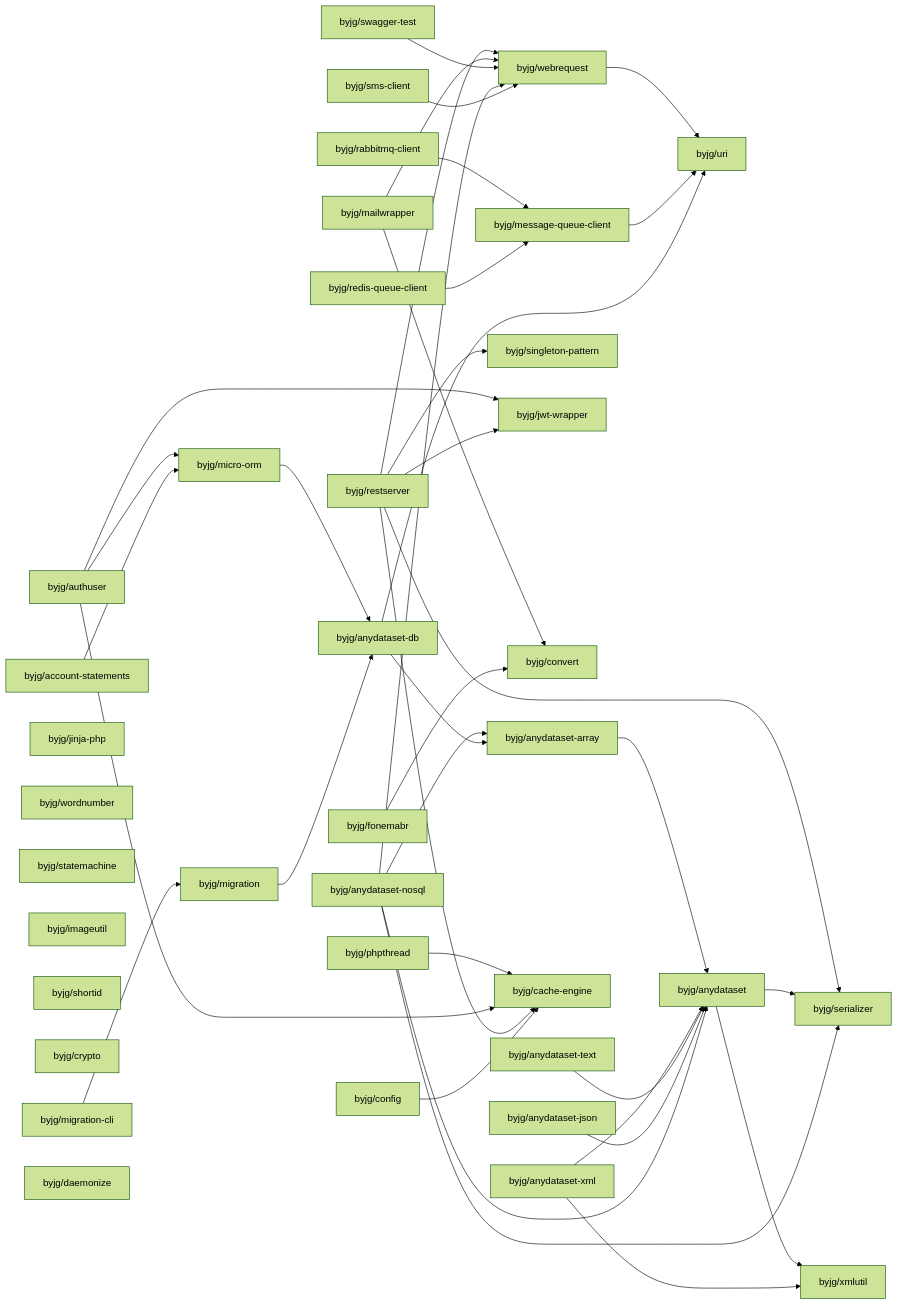
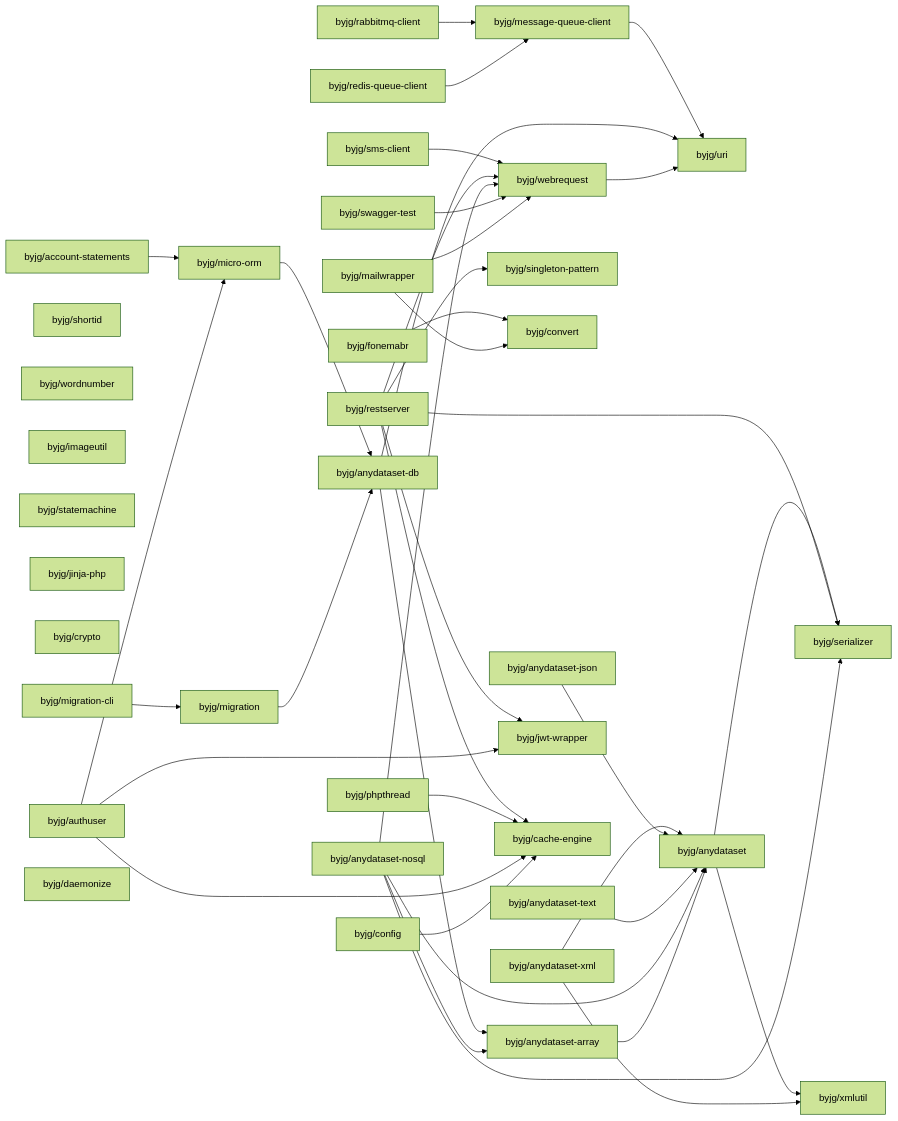
One commit to byjg/byjg.github.io changed the diagram in docs/php/README.md. Above: the diagram before and after it, drawn with Mermaid (forest theme). The commit also changed other lines of this file, not shown here.

Commit message:
Update documentation 'php' 'php-migration'

````diff
--- a/docs/php/README.md
+++ b/docs/php/README.md
@@ -3,76 +3,76 @@
 ```mermaid
 graph LR;
+  byjg/redis-queue-client;
   byjg/migration-cli;
-  byjg/authuser;
+  byjg/shortid;
   byjg/anydataset-text;
+  byjg/anydataset-xml;
   byjg/sms-client;
-  byjg/anydataset-nosql;
-  byjg/jinja-php;
+  byjg/restserver;
+  byjg/swagger-test;
   byjg/wordnumber;
-  byjg/anydataset-xml;
+  byjg/imageutil;
   byjg/statemachine;
-  byjg/anydataset-json;
-  byjg/imageutil;
-  byjg/shortid;
-  byjg/restserver;
-  byjg/crypto;
-  byjg/config;
   byjg/fonemabr;
   byjg/mailwrapper;
+  byjg/anydataset-json;
+  byjg/jinja-php;
+  byjg/config;
+  byjg/crypto;
   byjg/account-statements;
   byjg/rabbitmq-client;
-  byjg/redis-queue-client;
-  byjg/swagger-test;
+  byjg/anydataset-nosql;
+  byjg/authuser;
   byjg/daemonize;
   byjg/phpthread;
   byjg/migration;
   byjg/singleton-pattern;
-  byjg/jwt-wrapper;
   byjg/convert;
-  byjg/micro-orm;
   byjg/message-queue-client;
   byjg/webrequest;
+  byjg/micro-orm;
+  byjg/jwt-wrapper;
   byjg/cache-engine;
   byjg/anydataset-db;
   byjg/anydataset-array;
   byjg/uri;
   byjg/anydataset;
   byjg/serializer;
   byjg/xmlutil;
-  byjg/phpthread --> byjg/cache-engine;
+  byjg/account-statements --> byjg/micro-orm;
+  byjg/message-queue-client --> byjg/uri;
+  byjg/anydataset --> byjg/serializer;
+  byjg/anydataset --> byjg/xmlutil;
+  byjg/rabbitmq-client --> byjg/message-queue-client;
+  byjg/anydataset-xml --> byjg/anydataset;
+  byjg/anydataset-xml --> byjg/xmlutil;
+  byjg/sms-client --> byjg/webrequest;
+  byjg/anydataset-db --> byjg/anydataset-array;
+  byjg/anydataset-db --> byjg/uri;
   byjg/micro-orm --> byjg/anydataset-db;
-  byjg/authuser --> byjg/micro-orm;
-  byjg/authuser --> byjg/cache-engine;
-  byjg/authuser --> byjg/jwt-wrapper;
-  byjg/anydataset-array --> byjg/anydataset;
+  byjg/anydataset-json --> byjg/anydataset;
   byjg/restserver --> byjg/serializer;
   byjg/restserver --> byjg/singleton-pattern;
   byjg/restserver --> byjg/cache-engine;
   byjg/restserver --> byjg/webrequest;
   byjg/restserver --> byjg/jwt-wrapper;
-  byjg/mailwrapper --> byjg/convert;
-  byjg/mailwrapper --> byjg/webrequest;
-  byjg/swagger-test --> byjg/webrequest;
-  byjg/migration --> byjg/anydataset-db;
-  byjg/account-statements --> byjg/micro-orm;
-  byjg/anydataset --> byjg/serializer;
-  byjg/anydataset --> byjg/xmlutil;
+  byjg/webrequest --> byjg/uri;
+  byjg/anydataset-text --> byjg/anydataset;
+  byjg/redis-queue-client --> byjg/message-queue-client;
+  byjg/phpthread --> byjg/cache-engine;
+  byjg/authuser --> byjg/micro-orm;
+  byjg/authuser --> byjg/cache-engine;
+  byjg/authuser --> byjg/jwt-wrapper;
+  byjg/config --> byjg/cache-engine;
   byjg/fonemabr --> byjg/convert;
-  byjg/anydataset-xml --> byjg/anydataset;
-  byjg/anydataset-xml --> byjg/xmlutil;
-  byjg/webrequest --> byjg/uri;
-  byjg/config --> byjg/cache-engine;
-  byjg/migration-cli --> byjg/migration;
-  byjg/anydataset-text --> byjg/anydataset;
-  byjg/message-queue-client --> byjg/uri;
-  byjg/anydataset-json --> byjg/anydataset;
   byjg/anydataset-nosql --> byjg/anydataset;
   byjg/anydataset-nosql --> byjg/anydataset-array;
   byjg/anydataset-nosql --> byjg/serializer;
   byjg/anydataset-nosql --> byjg/webrequest;
-  byjg/anydataset-db --> byjg/anydataset-array;
-  byjg/anydataset-db --> byjg/uri;
-  byjg/rabbitmq-client --> byjg/message-queue-client;
-  byjg/redis-queue-client --> byjg/message-queue-client;
-  byjg/sms-client --> byjg/webrequest;
+  byjg/anydataset-array --> byjg/anydataset;
+  byjg/swagger-test --> byjg/webrequest;
+  byjg/migration-cli --> byjg/migration;
+  byjg/migration --> byjg/anydataset-db;
+  byjg/mailwrapper --> byjg/convert;
+  byjg/mailwrapper --> byjg/webrequest;
 ```
````
